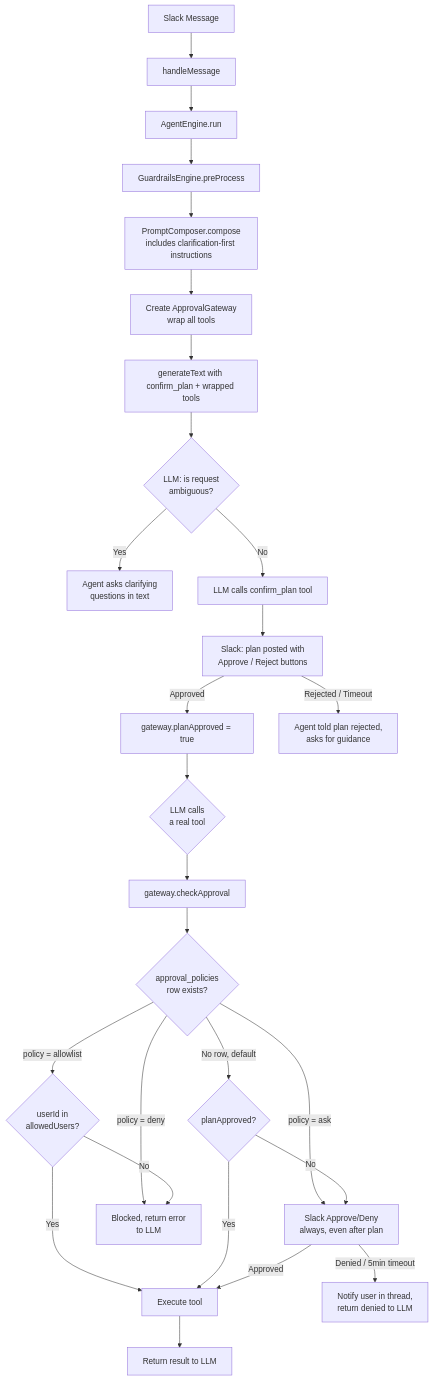
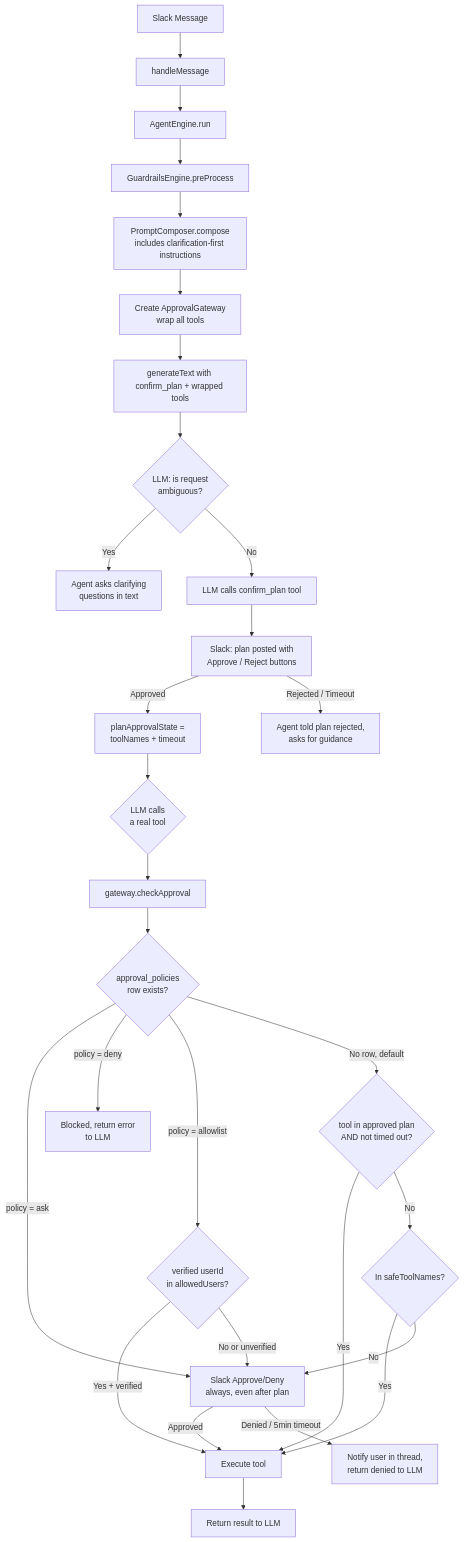
The first of 2 diagrams in docs/SAFEGUARDS.md (chrisleekr/personal-claw), drawn with Mermaid before and after one commit. The commit also changed other lines of this file and 43 other files, not shown here.

Commit message:
fix(security): harden authentication and authorization across WebSocket, approval gateway, and CLI tools (#24)

````diff
--- a/docs/SAFEGUARDS.md
+++ b/docs/SAFEGUARDS.md
@@ -44,29 +44,31 @@
 ```mermaid
 flowchart TD
     A["Slack Message"] --> B["handleMessage"]
     B --> C["AgentEngine.run"]
     C --> D["GuardrailsEngine.preProcess"]
     D --> E["PromptComposer.compose<br/>includes clarification-first instructions"]
     E --> F["Create ApprovalGateway<br/>wrap all tools"]
     F --> G["generateText with confirm_plan + wrapped tools"]
     G --> H{"LLM: is request<br/>ambiguous?"}
     H -->|"Yes"| I["Agent asks clarifying<br/>questions in text"]
     H -->|"No"| J["LLM calls confirm_plan tool"]
     J --> K["Slack: plan posted with<br/>Approve / Reject buttons"]
-    K -->|"Approved"| L["gateway.planApproved = true"]
+    K -->|"Approved"| L["planApprovalState = <br/> toolNames + timeout"]
     K -->|"Rejected / Timeout"| M["Agent told plan rejected,<br/>asks for guidance"]
     L --> N{"LLM calls<br/>a real tool"}
     N --> O["gateway.checkApproval"]
     O --> P{"approval_policies<br/>row exists?"}
     P -->|"policy = ask"| Q["Slack Approve/Deny<br/>always, even after plan"]
     P -->|"policy = deny"| R["Blocked, return error<br/>to LLM"]
-    P -->|"policy = allowlist"| S{"userId in<br/>allowedUsers?"}
-    P -->|"No row, default"| T{"planApproved?"}
-    S -->|"Yes"| U["Execute tool"]
-    S -->|"No"| R
+    P -->|"policy = allowlist"| S{"verified userId<br/>in allowedUsers?"}
+    P -->|"No row, default"| T{"tool in approved plan<br/>AND not timed out?"}
+    S -->|"Yes + verified"| U["Execute tool"]
+    S -->|"No or unverified"| Q
     T -->|"Yes"| U
-    T -->|"No"| Q
+    T -->|"No"| X{"In safeToolNames?"}
+    X -->|"Yes"| U
+    X -->|"No"| Q
     Q -->|"Approved"| U
     Q -->|"Denied / 5min timeout"| V["Notify user in thread,<br/>return denied to LLM"]
     U --> W["Return result to LLM"]
 ```
````
